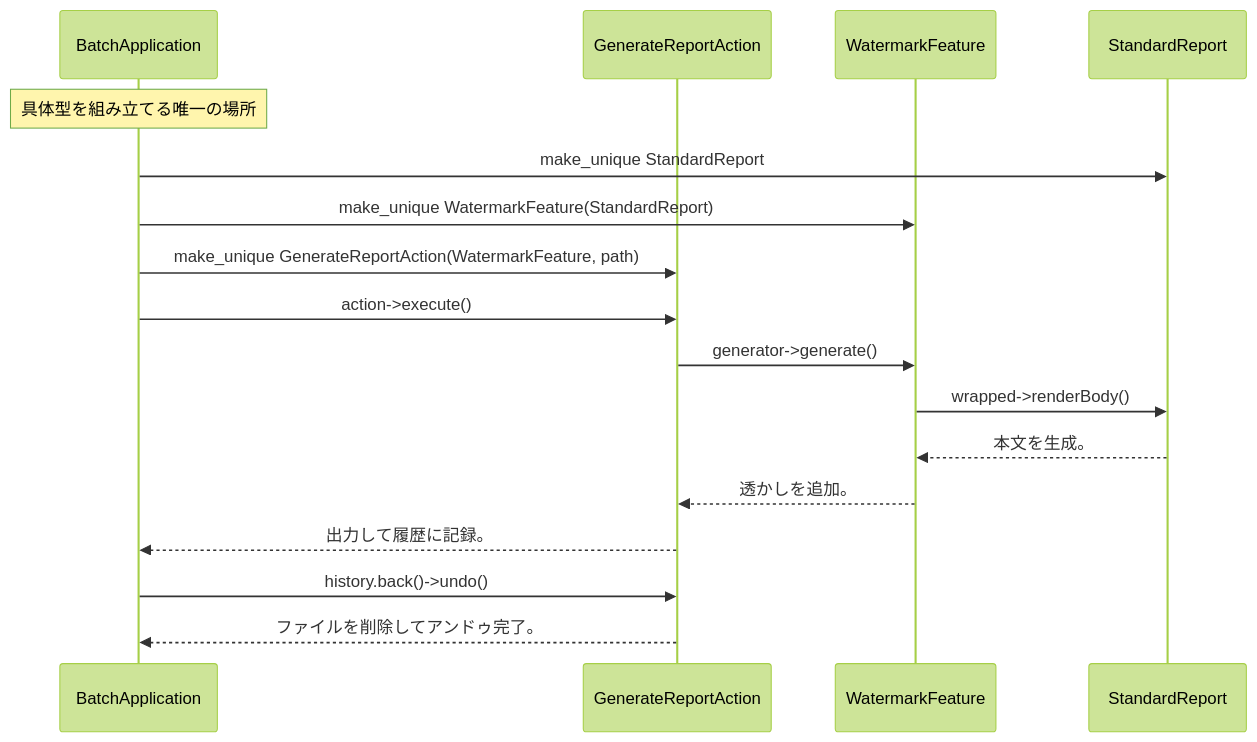
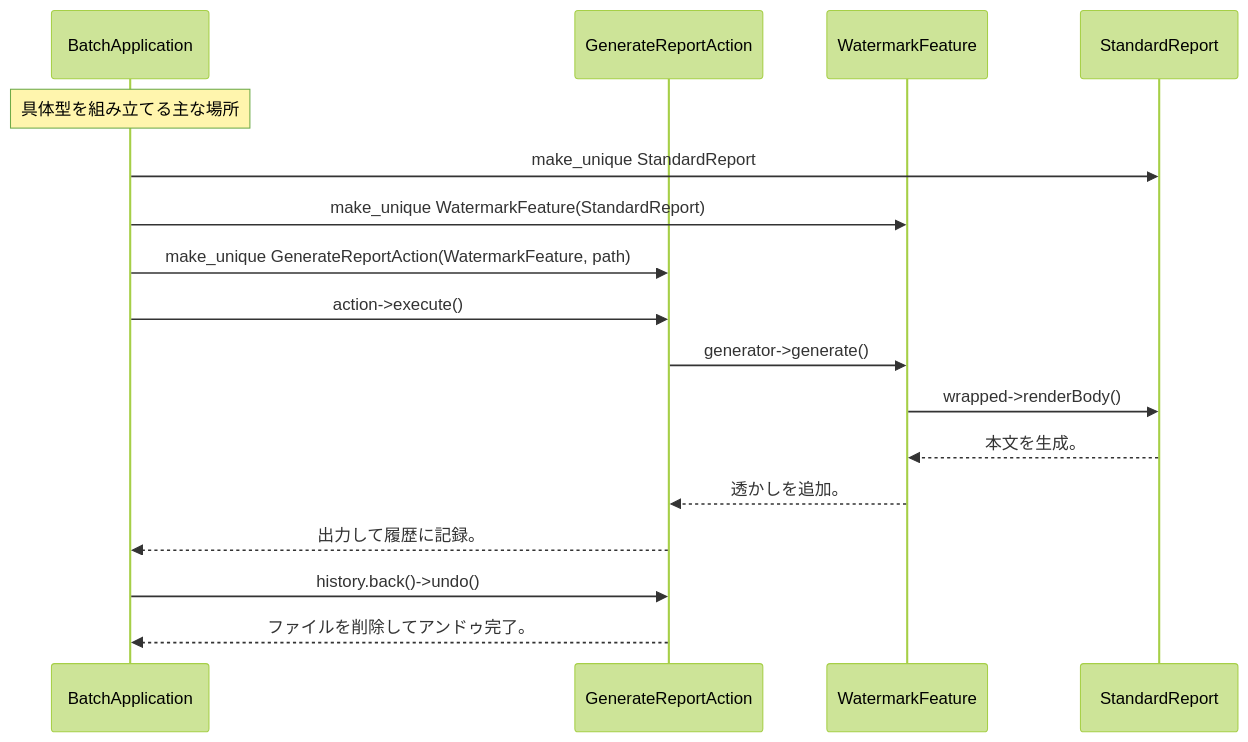
One commit to kumachan1101-pixel/DesignPattern changed the fourth of 6 diagrams in kindle/design-patterns/output/chapter11.md. Above: the diagram before and after it, drawn with Mermaid (forest theme). The commit also changed other lines of this file and 1 other file, not shown here.

````diff
--- a/kindle/design-patterns/output/chapter11.md
+++ b/kindle/design-patterns/output/chapter11.md
@@ -1140,19 +1140,19 @@
 ```mermaid
 sequenceDiagram
     participant BA as BatchApplication
     participant GRA as GenerateReportAction
     participant WF as WatermarkFeature
     participant SR as StandardReport
-    Note over BA: 具体型を組み立てる唯一の場所
+    Note over BA: 具体型を組み立てる主な場所
     BA->>SR: make_unique StandardReport
     BA->>WF: make_unique WatermarkFeature(StandardReport)
     BA->>GRA: make_unique GenerateReportAction(WatermarkFeature, path)
     BA->>GRA: action->execute()
     GRA->>WF: generator->generate()
     WF->>SR: wrapped->renderBody()
     SR-->>WF: 本文を生成。
     WF-->>GRA: 透かしを追加。
     GRA-->>BA: 出力して履歴に記録。
     BA->>GRA: history.back()->undo()
     GRA-->>BA: ファイルを削除してアンドゥ完了。
 ```
````
